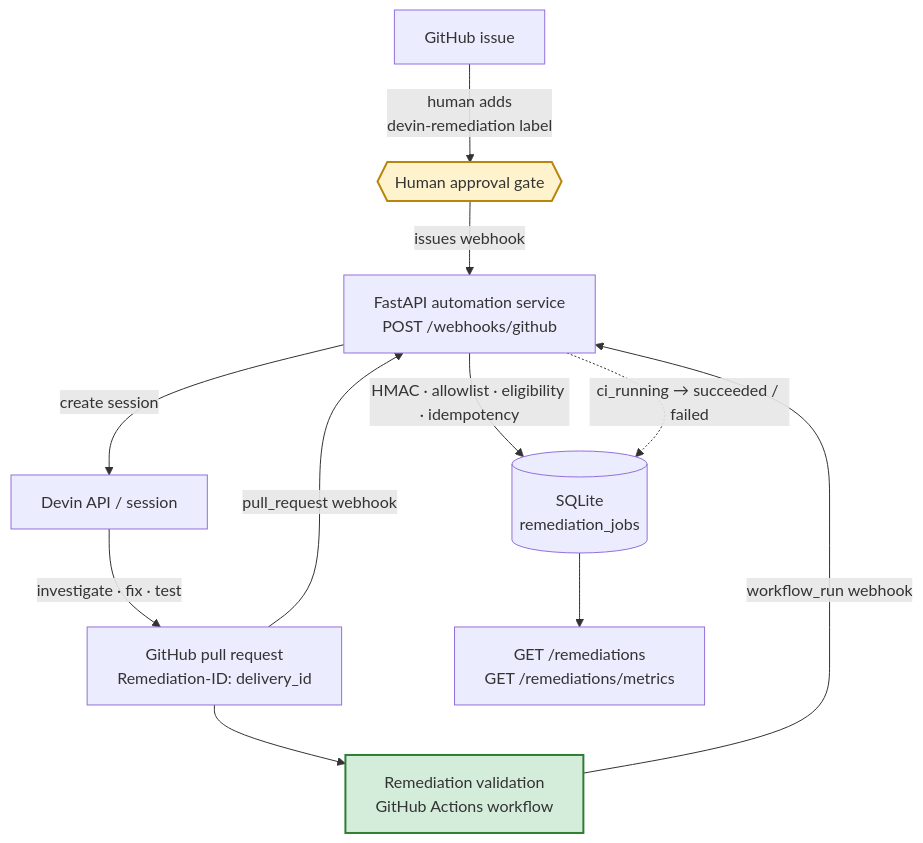
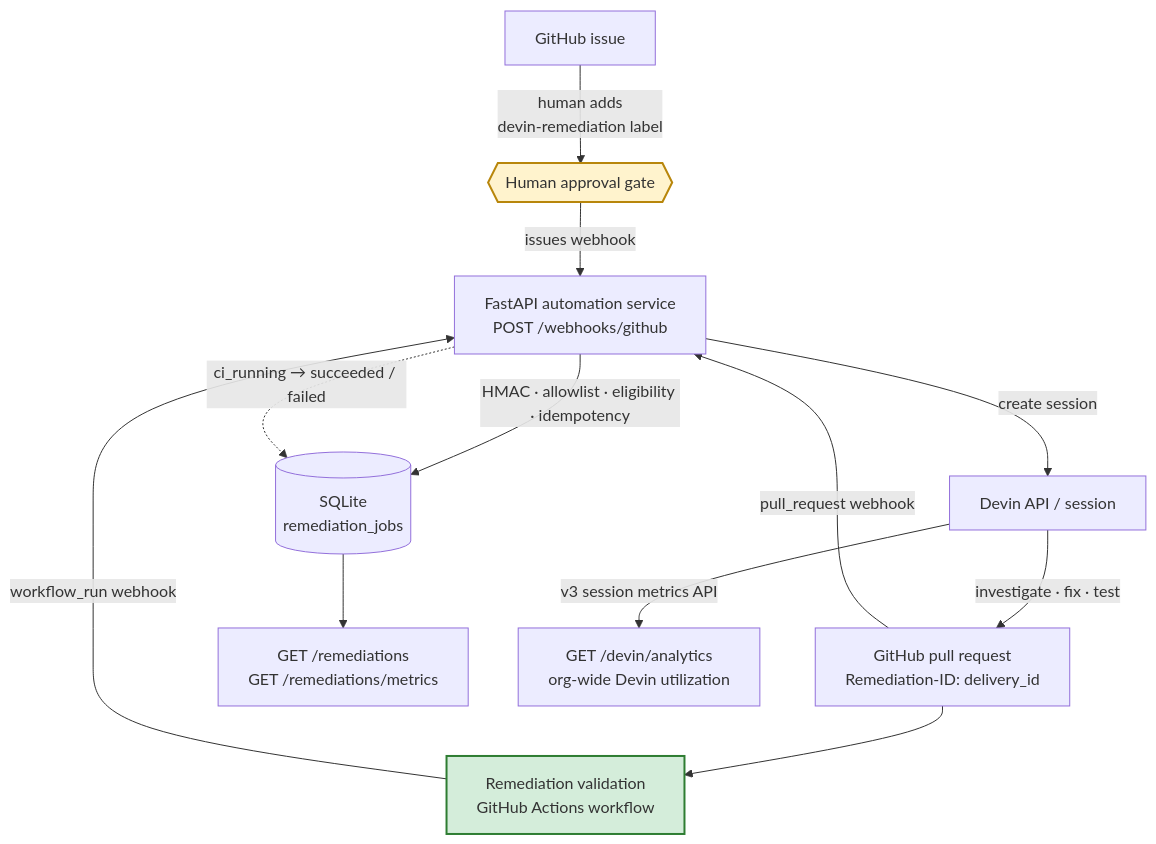
The diagram in README.md (frances-devin-takehome/devin-remediation-automation), drawn with Mermaid before and after one commit. The commit also changed other lines of this file, not shown here.

Commit message:
Document five real remediations and Devin analytics in README

````diff
--- a/README.md
+++ b/README.md
@@ -60,18 +73,19 @@
 ```mermaid
 flowchart TD
     Issue[GitHub issue] -->|"human adds<br/>devin-remediation label"| Gate{{Human approval gate}}
     Gate -->|issues webhook| Svc[FastAPI automation service<br/>POST /webhooks/github]
     Svc -->|HMAC · allowlist · eligibility · idempotency| DB[(SQLite<br/>remediation_jobs)]
     Svc -->|create session| Devin[Devin API / session]
     Devin -->|investigate · fix · test| PR[GitHub pull request<br/>Remediation-ID: delivery_id]
     PR -->|pull_request webhook| Svc
     PR --> CI[Remediation validation<br/>GitHub Actions workflow]
     CI -->|workflow_run webhook| Svc
     DB --> API[GET /remediations<br/>GET /remediations/metrics]
+    Devin -->|v3 session metrics API| Analytics[GET /devin/analytics<br/>org-wide Devin utilization]
     Svc -.->|ci_running → succeeded / failed| DB
 
     classDef gate fill:#fff3cd,stroke:#b8860b,stroke-width:2px;
     classDef ci fill:#d4edda,stroke:#2e7d32,stroke-width:2px;
     class Gate gate;
     class CI ci;
 ```
````
